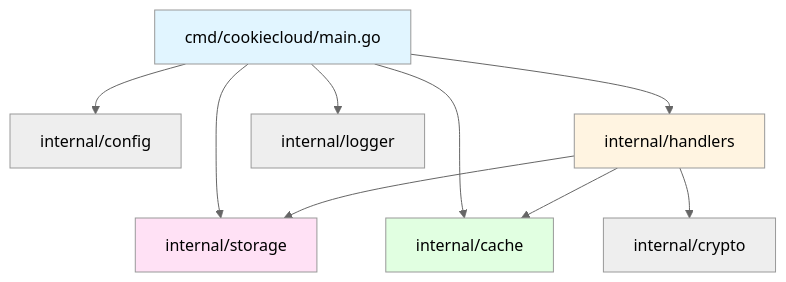
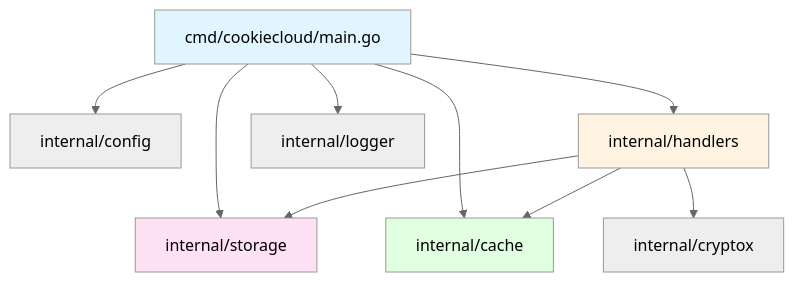
The diagram in docs/CONTRIB.md (782042369/CookieCloud), drawn with Mermaid (neutral theme) before and after one commit. The commit also changed other lines of this file and 1 other file, not shown here.

````diff
--- a/docs/CONTRIB.md
+++ b/docs/CONTRIB.md
@@ -108,17 +133,17 @@
 ```mermaid
 graph TD
     A[cmd/cookiecloud/main.go] --> B[internal/config]
     A --> C[internal/handlers]
     A --> D[internal/storage]
     A --> E[internal/cache]
     A --> F[internal/logger]
 
     C --> D
     C --> E
-    C --> G[internal/crypto]
+    C --> G[internal/cryptox]
 
     style A fill:#e1f5ff
     style C fill:#fff4e1
     style D fill:#ffe1f5
     style E fill:#e1ffe1
 ```
````
